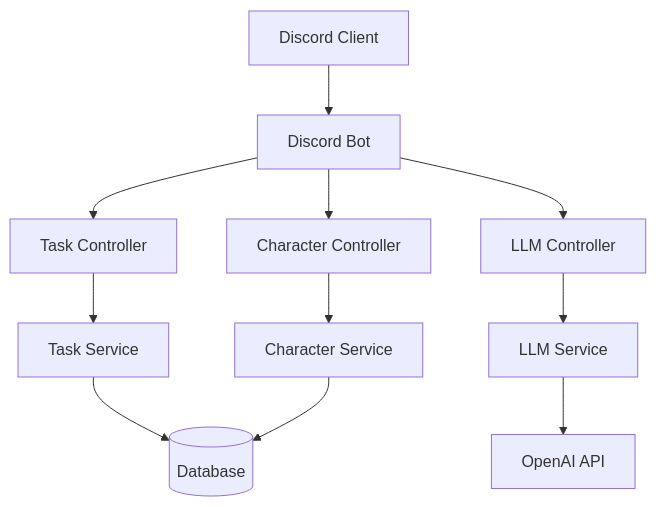
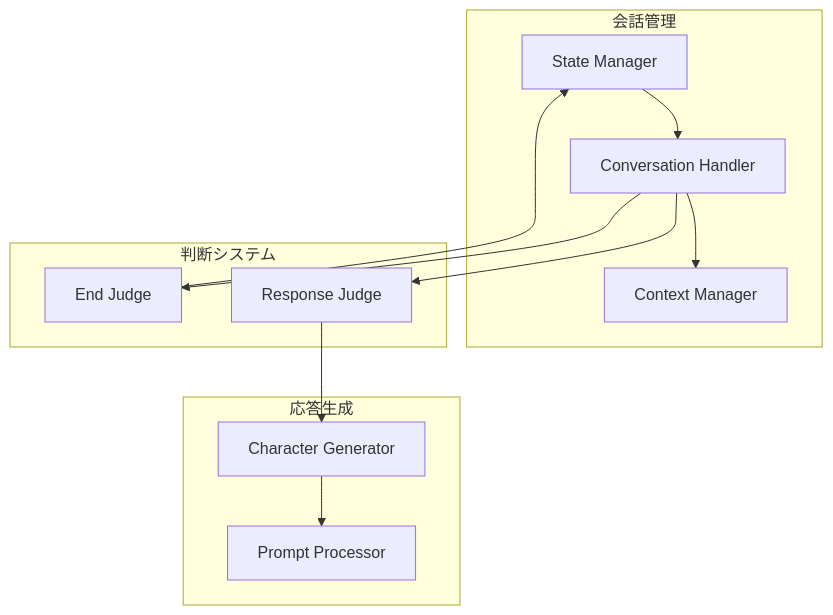
One commit to herring101/dska-bot changed the third of 4 diagrams in docs/core/architecture.md. Above: the diagram before and after it, drawn with Mermaid. The commit also changed other lines of this file, not shown here.

Commit message:
機能追加: システムフローとデータフローの図を追加し、メッセージ処理フローを詳細化しました。会話管理システムのコンポーネント構成を明確にしました。

````diff
--- a/docs/core/architecture.md
+++ b/docs/core/architecture.md
@@ -94,15 +138,26 @@
 ```mermaid
-graph TD
-    DC[Discord Client] --> Bot[Discord Bot]
-    Bot --> TC[Task Controller]
-    Bot --> CC[Character Controller]
-    Bot --> LC[LLM Controller]
-    
-    TC --> TS[Task Service]
-    CC --> CS[Character Service]
-    LC --> LS[LLM Service]
-    
-    TS --> DB[(Database)]
-    CS --> DB
-    LS --> OAPI[OpenAI API]
+graph TB
+    subgraph "会話管理"
+        SM[State Manager]
+        CH[Conversation Handler]
+        CM[Context Manager]
+    end
+
+    subgraph "判断システム"
+        RJ[Response Judge]
+        EJ[End Judge]
+    end
+
+    subgraph "応答生成"
+        CG[Character Generator]
+        PP[Prompt Processor]
+    end
+
+    SM --> CH
+    CH --> CM
+    CH --> RJ
+    CH --> EJ
+    RJ --> CG
+    EJ --> SM
+    CG --> PP
 ```
````
